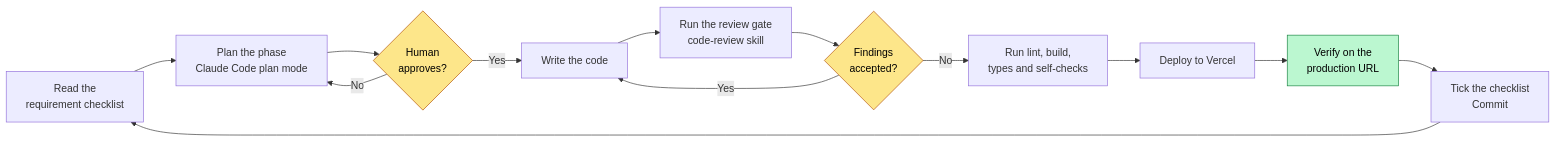
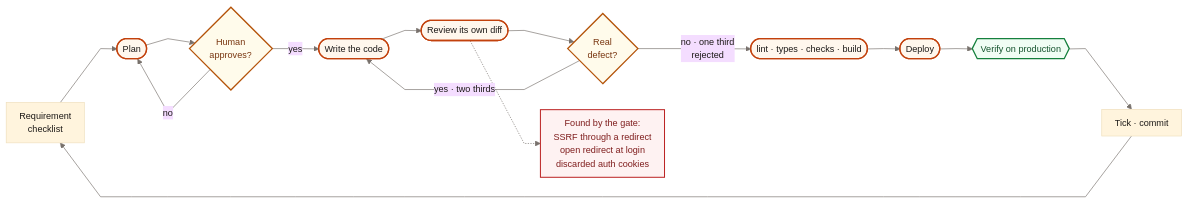
The first of 5 diagrams in docs/01-ai-development-process.md (Rounak7721/ReForge), drawn with Mermaid before and after one commit. The commit also changed other lines of this file and 5 other files, not shown here.

````diff
--- a/docs/01-ai-development-process.md
+++ b/docs/01-ai-development-process.md
@@ -15,19 +15,28 @@
 ```mermaid
+%%{init: {'theme':'base','themeVariables':{'fontFamily':'ui-sans-serif, system-ui, sans-serif','fontSize':'14px','lineColor':'#78716c','primaryTextColor':'#1c1917'},'flowchart':{'curve':'linear','nodeSpacing':40,'rankSpacing':50,'padding':10}}}%%
 flowchart LR
-    A["Read the<br/>requirement checklist"] --> B["Plan the phase<br/>Claude Code plan mode"]
+    A["Requirement<br/>checklist"] --> B(["Plan"])
     B --> C{"Human<br/>approves?"}
-    C -- No --> B
-    C -- Yes --> D["Write the code"]
-    D --> E["Run the review gate<br/>code-review skill"]
-    E --> F{"Findings<br/>accepted?"}
-    F -- Yes --> D
-    F -- No --> G["Run lint, build,<br/>types and self-checks"]
-    G --> H["Deploy to Vercel"]
-    H --> I["Verify on the<br/>production URL"]
-    I --> J["Tick the checklist<br/>Commit"]
+    C -->|no| B
+    C -->|yes| D(["Write the code"])
+    D --> E(["Review its own diff"])
+    E --> F{"Real<br/>defect?"}
+    F -->|"yes · two thirds"| D
+    F -->|"no · one third<br/>rejected"| G(["lint · types · checks · build"])
+    G --> H(["Deploy"])
+    H --> I{{"Verify on production"}}
+    I --> J["Tick · commit"]
     J --> A
 
-    style C fill:#fde68a,stroke:#b45309,color:#000
-    style F fill:#fde68a,stroke:#b45309,color:#000
-    style I fill:#bbf7d0,stroke:#15803d,color:#000
+    FOUND["Found by the gate:<br/>SSRF through a redirect<br/>open redirect at login<br/>discarded auth cookies"]
+    E -.-> FOUND
+
+    classDef core fill:#fff7ed,stroke:#c2410c,stroke-width:2px,color:#1c1917
+    classDef gate fill:#fffbeb,stroke:#b45309,stroke-width:2px,color:#78350f
+    classDef good fill:#f0fdf4,stroke:#15803d,stroke-width:2px,color:#14532d
+    classDef bad fill:#fef2f2,stroke:#b91c1c,stroke-width:1.5px,color:#7f1d1d
+    class B,D,E,G,H core
+    class C,F gate
+    class I good
+    class FOUND bad
 ```
````
